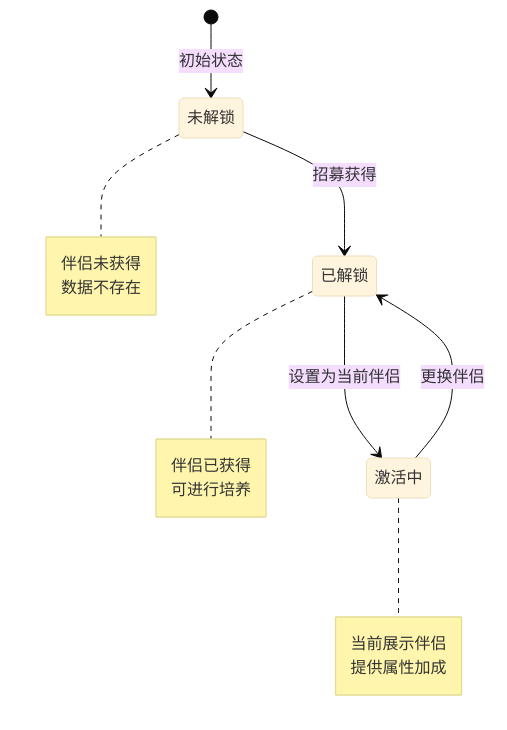
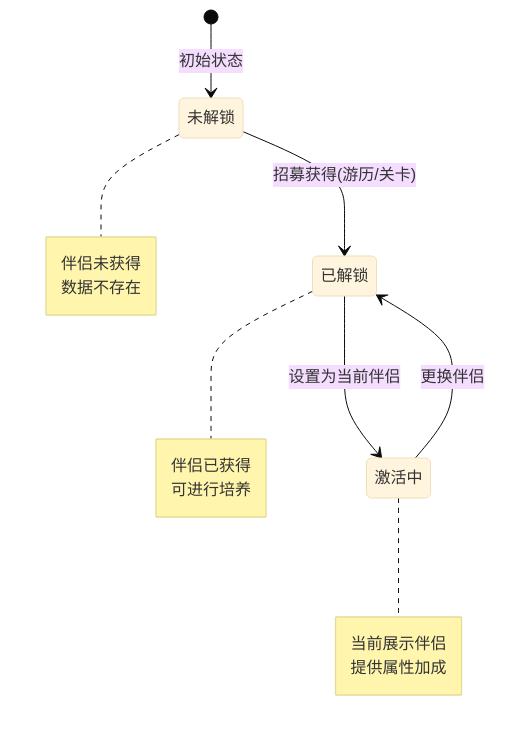
The first of 7 diagrams in docs/Module_Consort/06_实现细节.md (Alan-Ben/k2c_game_framework), drawn with Mermaid (base theme) before and after one commit. The commit also changed other lines of this file and 5 other files, not shown here.

````diff
--- a/docs/Module_Consort/06_实现细节.md
+++ b/docs/Module_Consort/06_实现细节.md
@@ -74,22 +99,22 @@
 ```mermaid
 stateDiagram-v2
     [*] --> 未解锁: 初始状态
-    未解锁 --> 已解锁: 招募获得
+    未解锁 --> 已解锁: 招募获得(游历/关卡)
     已解锁 --> 激活中: 设置为当前伴侣
     激活中 --> 已解锁: 更换伴侣
 
     note right of 未解锁
         伴侣未获得
         数据不存在
     end note
 
     note right of 已解锁
         伴侣已获得
         可进行培养
     end note
 
     note right of 激活中
         当前展示伴侣
         提供属性加成
     end note
 ```
````
